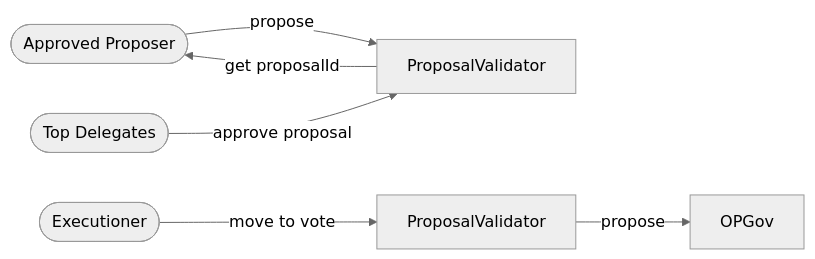
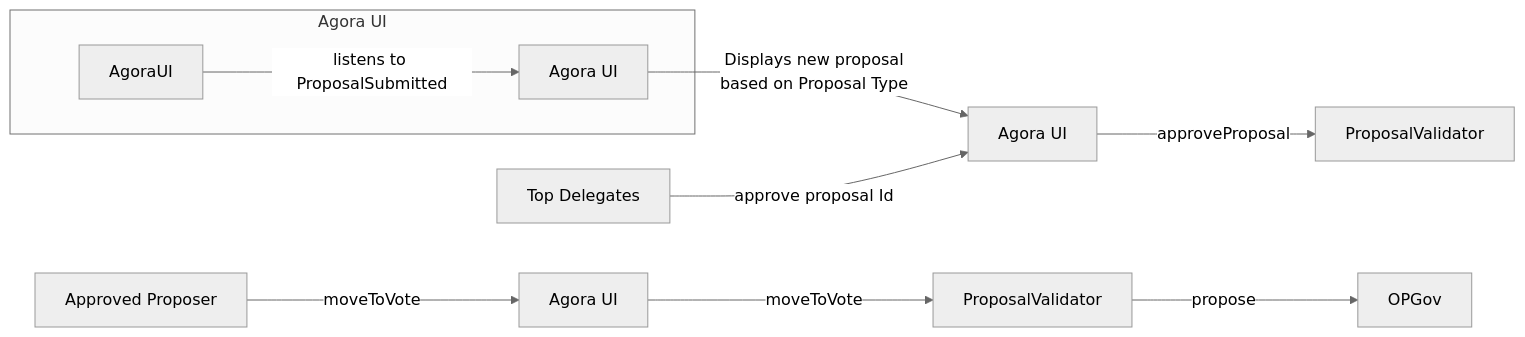
One commit to ethereum-optimism/design-docs changed the second of 2 diagrams in governance/permissionless-proposals.md. Above: the diagram before and after it, drawn with Mermaid (neutral theme). The commit also changed other lines of this file, not shown here.

````diff
--- a/governance/permissionless-proposals.md
+++ b/governance/permissionless-proposals.md
@@ -55,16 +63,14 @@
 ```mermaid
 flowchart LR
-    Proposer([Approved Proposer])
-    Validator[ProposalValidator]
-    TopDelegates([Top Delegates])
-    Executor([Executioner])
-    FinalValidator[ProposalValidator]
-    OPGov[OPGov]
+    subgraph Agora UI
+        AgoraUI -->|listens to ProposalSubmitted| A2[Agora UI]
+    end
 
-    Proposer -->|propose| Validator
-    Validator -->|get proposalId| Proposer
-    TopDelegates -->|approve proposal| Validator
+    A2 -->|Displays new proposal<br>based on Proposal Type| B[Agora UI]
+    C[Top Delegates] -->|approve proposal Id| B
+    B -->|approveProposal| D[ProposalValidator]
 
-    Executor -->|move to vote| FinalValidator
-    FinalValidator -->|propose| OPGov
+    E[Approved Proposer] -->|moveToVote| F[Agora UI]
+    F -->|moveToVote| G[ProposalValidator]
+    G -->|propose| H[OPGov]
 ```
````
